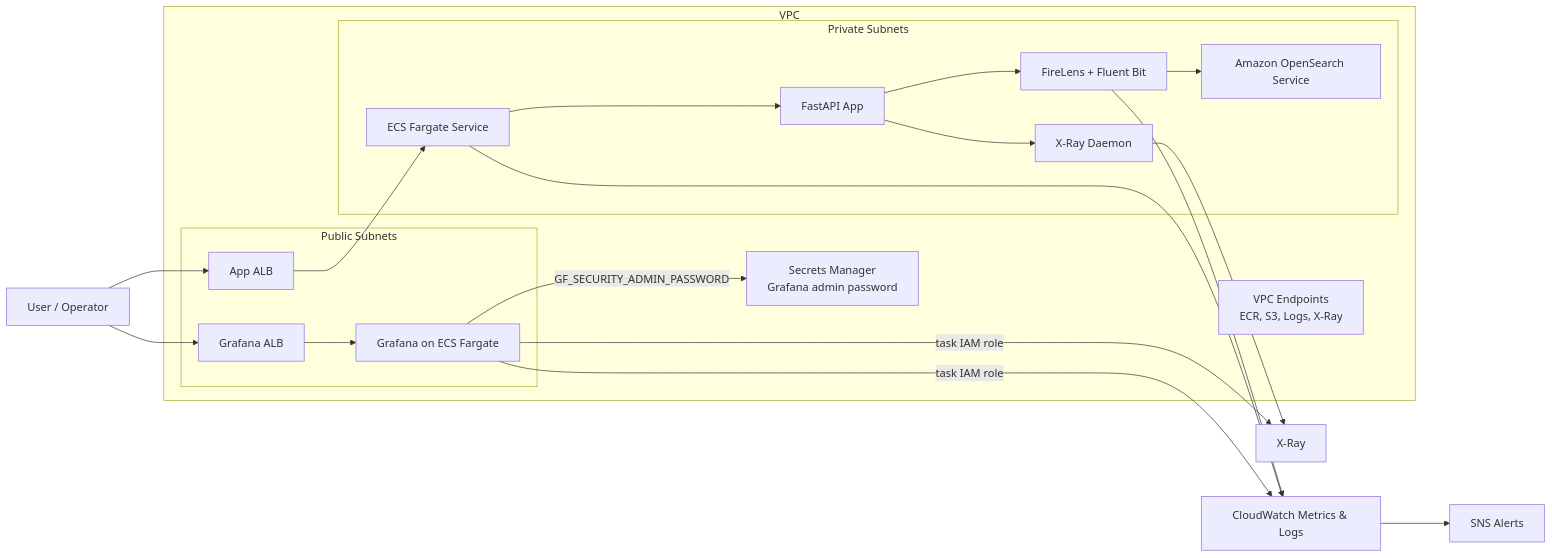
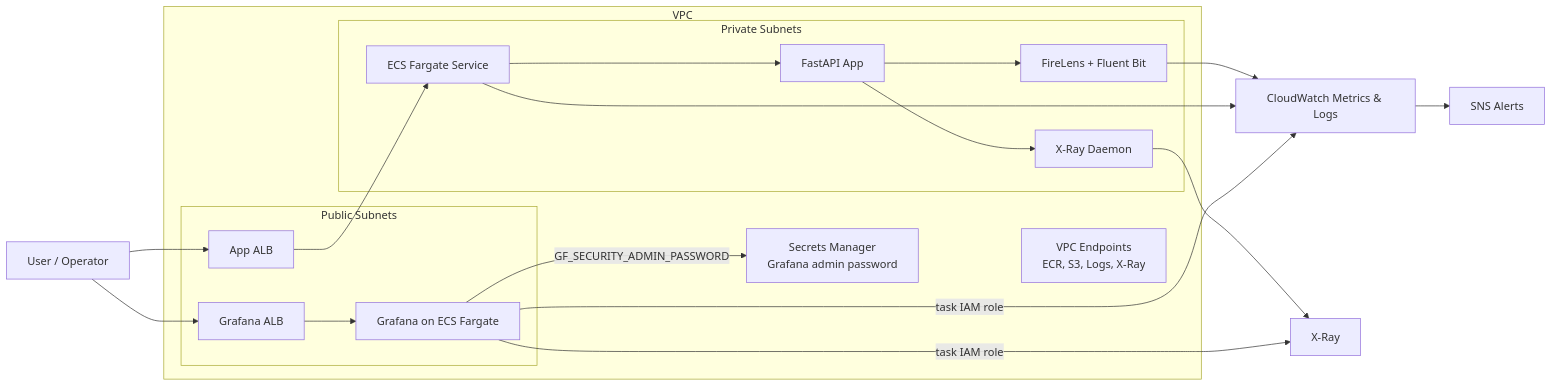
Before and after one commit to bubakry/observability-platform: the diagram in README.md, drawn with Mermaid. The commit also changed other lines of this file and 10 other files, not shown here.

First line of the commit message:
refactor: drop OpenSearch, route logs through CloudWatch only

````diff
--- a/README.md
+++ b/README.md
@@ -61,38 +60,36 @@
 ```mermaid
 flowchart LR
     User[User / Operator]
     SNS[SNS Alerts]
     CW[CloudWatch Metrics & Logs]
     XR[X-Ray]
 
     subgraph AWS[VPC]
       subgraph Public[Public Subnets]
         AppALB[App ALB]
         GfALB[Grafana ALB]
         GfTask[Grafana on ECS Fargate]
       end
 
       subgraph Private[Private Subnets]
         ECS[ECS Fargate Service]
         App[FastAPI App]
         FL[FireLens + Fluent Bit]
         XD[X-Ray Daemon]
-        OS[Amazon OpenSearch Service]
       end
 
       VPCE[VPC Endpoints<br/>ECR, S3, Logs, X-Ray]
       Sec[Secrets Manager<br/>Grafana admin password]
     end
 
     User --> AppALB --> ECS --> App
     App --> XD --> XR
-    App --> FL --> OS
-    FL --> CW
+    App --> FL --> CW
     ECS --> CW
     CW --> SNS
 
     User --> GfALB --> GfTask
     GfTask -->|task IAM role| CW
     GfTask -->|task IAM role| XR
     GfTask -->|GF_SECURITY_ADMIN_PASSWORD| Sec
 ```
````
